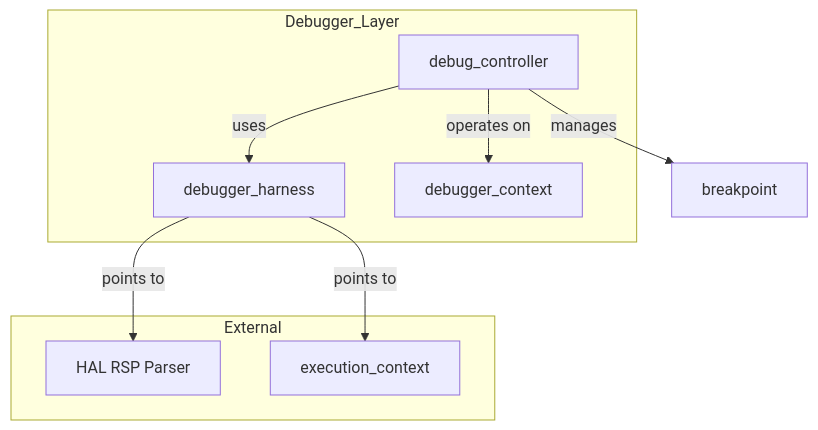
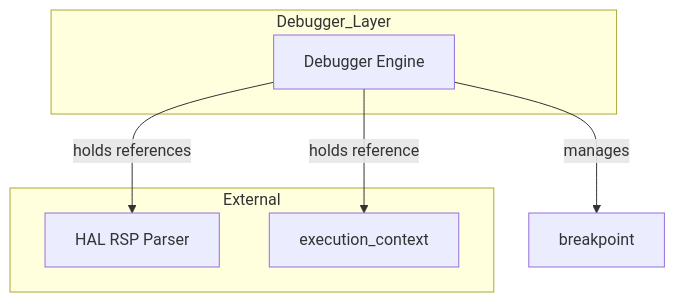
The first of 3 diagrams in docs/orders/components/debugger.md (kmt-t/fireball), drawn with Mermaid before and after one commit. The commit also changed other lines of this file and 11 other files, not shown here.

````diff
--- a/docs/orders/components/debugger.md
+++ b/docs/orders/components/debugger.md
@@ -17,19 +16,15 @@
 ```mermaid
 graph TD
     subgraph Debugger_Layer
-        Harness[debugger_harness]
-        Ctrl[debug_controller]
-        Context[debugger_context]
+        Engine[Debugger Engine]
     end
 
     subgraph External
         HAL[HAL RSP Parser]
         ECtx[execution_context]
     end
 
-    Ctrl -- uses --> Harness
-    Harness -- points to --> ECtx
-    Harness -- points to --> HAL
-    Ctrl -- operates on --> Context
-    Ctrl -- manages --> BP[breakpoint]
+    Engine -- holds references --> HAL
+    Engine -- holds reference --> ECtx
+    Engine -- manages --> BP[breakpoint]
 ```
````
